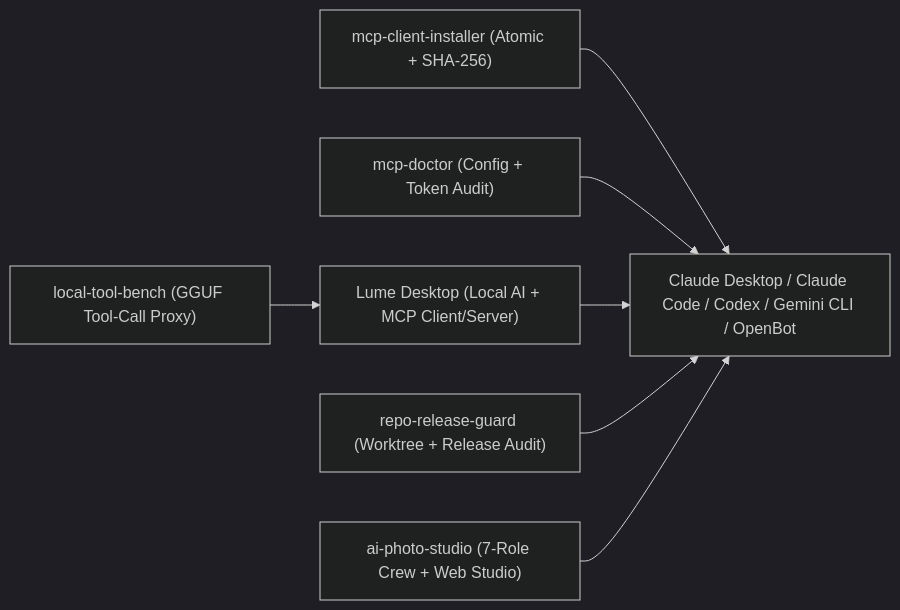
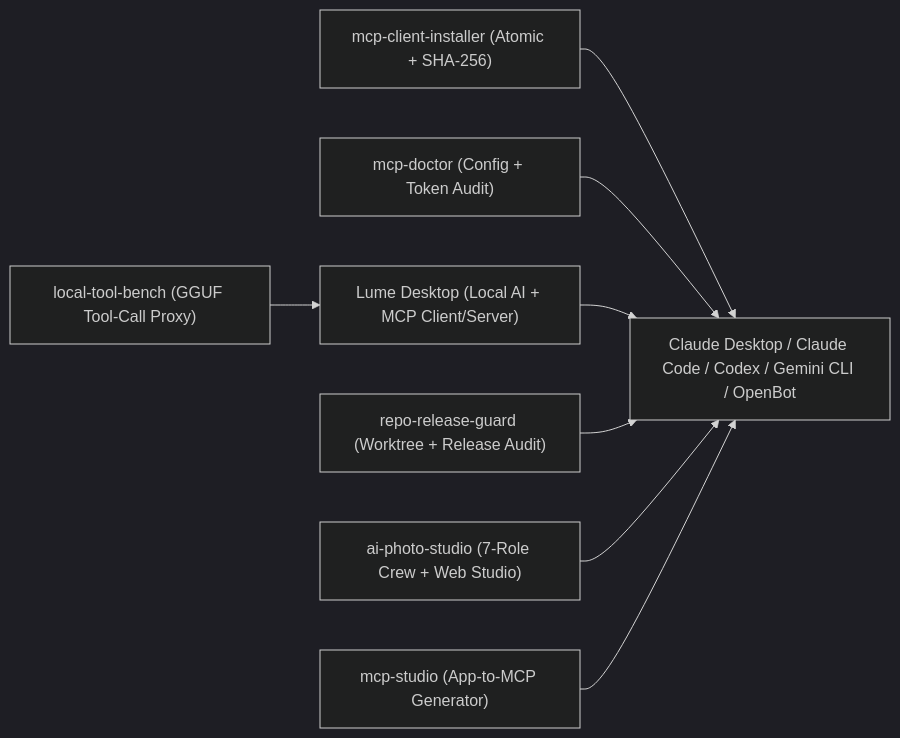
One commit to deusbr/deusbr changed the diagram in README.md. Above: the diagram before and after it, drawn with Mermaid (dark theme). The commit also changed other lines of this file, not shown here.

Commit message:
docs: add mcp-studio to portfolio showcase

````diff
--- a/README.md
+++ b/README.md
@@ -26,17 +27,19 @@
 ```mermaid
 flowchart LR
   Clients["Claude Desktop / Claude Code / Codex / Gemini CLI / OpenBot"]
   Installer["mcp-client-installer (Atomic + SHA-256)"]
   Doctor["mcp-doctor (Config + Token Audit)"]
   Lume["Lume Desktop (Local AI + MCP Client/Server)"]
   Bench["local-tool-bench (GGUF Tool-Call Proxy)"]
   Guard["repo-release-guard (Worktree + Release Audit)"]
   Studio["ai-photo-studio (7-Role Crew + Web Studio)"]
+  McpStudio["mcp-studio (App-to-MCP Generator)"]
 
   Installer --> Clients
   Doctor --> Clients
   Lume --> Clients
   Bench --> Lume
   Guard --> Clients
   Studio --> Clients
+  McpStudio --> Clients
 ```
````
